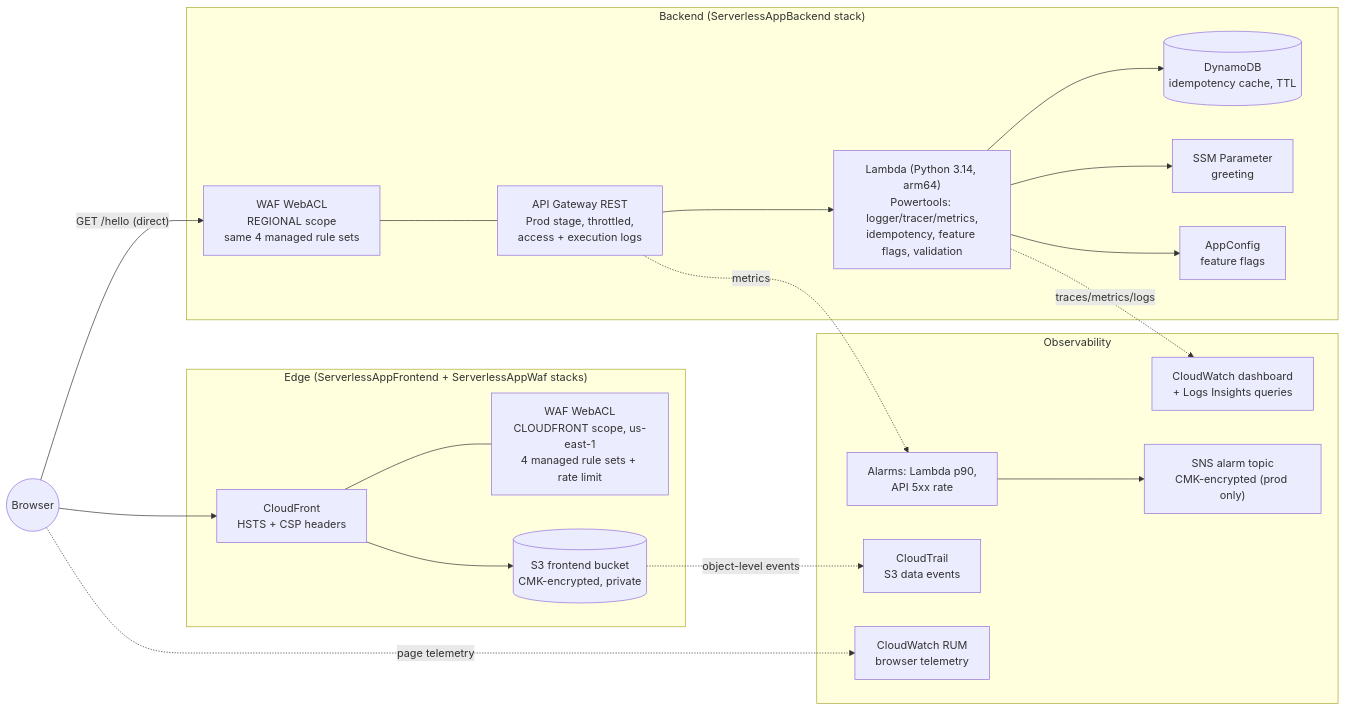
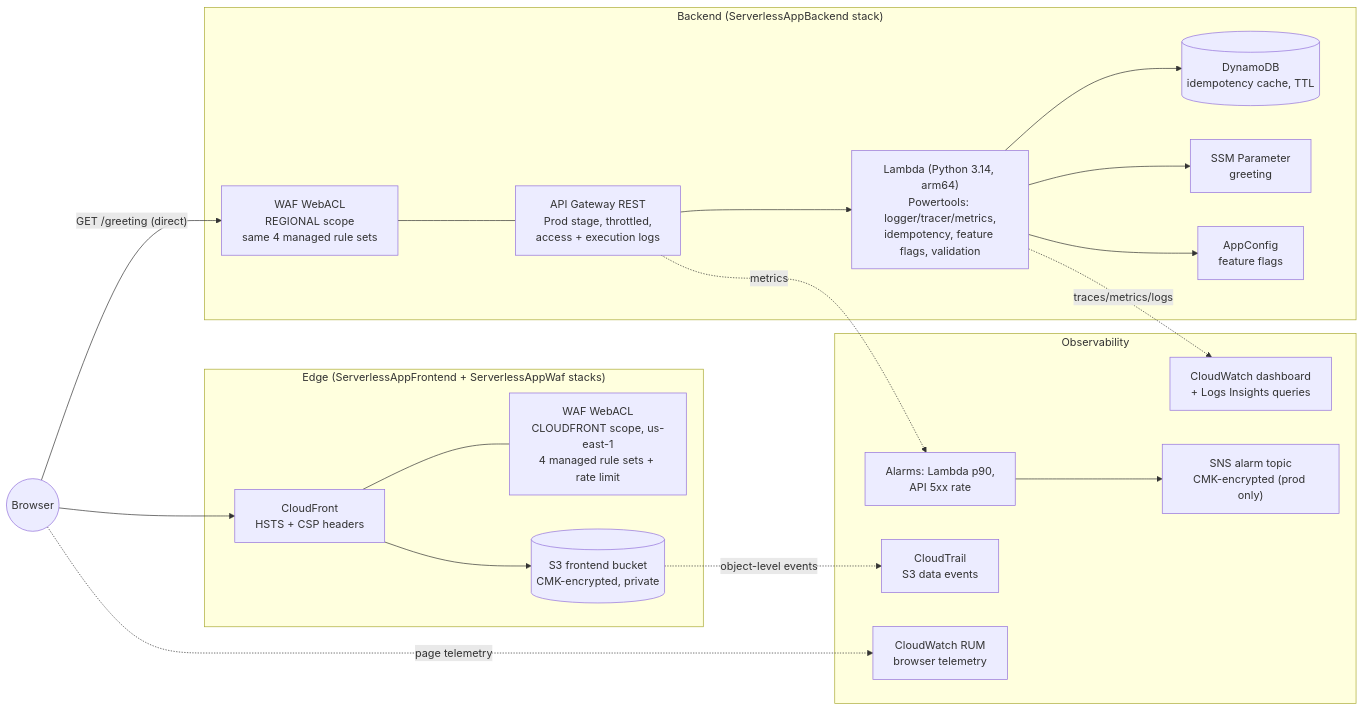
One commit to timpugh/lambda-powertools-reference-prod-scaffold-part-three changed the diagram in README.md. Above: the diagram before and after it, drawn with Mermaid. The commit also changed other lines of this file and 20 other files, not shown here.

````diff
--- a/README.md
+++ b/README.md
@@ -164,41 +164,41 @@
 ```mermaid
 flowchart LR
     CLIENT((Browser)) --> CF
 
     subgraph Edge["Edge (ServerlessAppFrontend + ServerlessAppWaf stacks)"]
         CF["CloudFront<br/>HSTS + CSP headers"]
         CFWAF["WAF WebACL<br/>CLOUDFRONT scope, us-east-1<br/>4 managed rule sets + rate limit"]
         S3[("S3 frontend bucket<br/>CMK-encrypted, private")]
         CF --- CFWAF
         CF --> S3
     end
 
     subgraph Backend["Backend (ServerlessAppBackend stack)"]
         RWAF["WAF WebACL<br/>REGIONAL scope<br/>same 4 managed rule sets"]
         APIGW["API Gateway REST<br/>Prod stage, throttled,<br/>access + execution logs"]
         FN["Lambda (Python 3.14, arm64)<br/>Powertools: logger/tracer/metrics,<br/>idempotency, feature flags, validation"]
         DDB[("DynamoDB<br/>idempotency cache, TTL")]
         SSM["SSM Parameter<br/>greeting"]
         AC["AppConfig<br/>feature flags"]
         RWAF --- APIGW
         APIGW --> FN
         FN --> DDB
         FN --> SSM
         FN --> AC
     end
 
     subgraph Observability["Observability"]
         DASH["CloudWatch dashboard<br/>+ Logs Insights queries"]
         ALARMS["Alarms: Lambda p90,<br/>API 5xx rate"]
         SNS["SNS alarm topic<br/>CMK-encrypted (prod only)"]
         TRAIL["CloudTrail<br/>S3 data events"]
         RUM["CloudWatch RUM<br/>browser telemetry"]
         ALARMS --> SNS
     end
 
-    CLIENT -- "GET /hello (direct)" --> RWAF
+    CLIENT -- "GET /greeting (direct)" --> RWAF
     FN -. traces/metrics/logs .-> DASH
     APIGW -. metrics .-> ALARMS
     S3 -. object-level events .-> TRAIL
     CLIENT -. page telemetry .-> RUM
 ```
````
